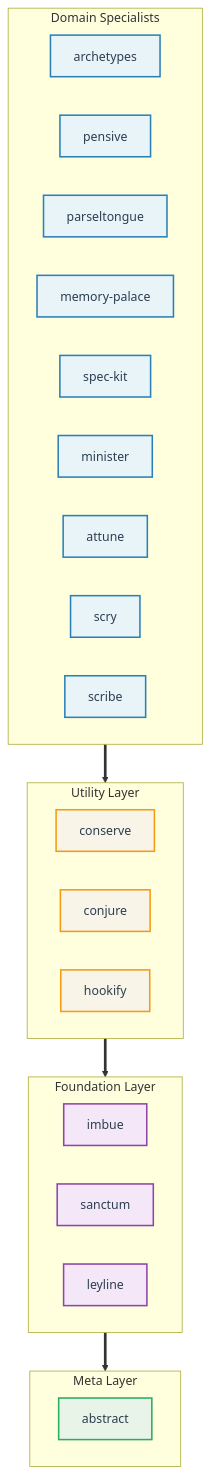
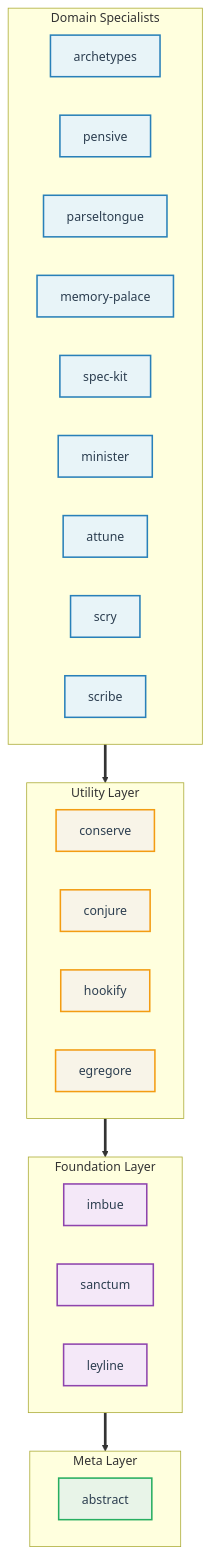
The diagram in README.md (athola/claude-night-market), drawn with Mermaid before and after one commit. The commit also changed other lines of this file and 339 other files, not shown here.

````diff
--- a/README.md
+++ b/README.md
@@ -65,41 +65,42 @@
 ```mermaid
 flowchart TB
     classDef domainClass fill:#e8f4f8,stroke:#2980b9,stroke-width:2px,color:#2c3e50
     classDef utilityClass fill:#f8f4e8,stroke:#f39c12,stroke-width:2px,color:#2c3e50
     classDef foundationClass fill:#f4e8f8,stroke:#8e44ad,stroke-width:2px,color:#2c3e50
     classDef metaClass fill:#e8f4e8,stroke:#27ae60,stroke-width:2px,color:#2c3e50
 
     subgraph Domain["Domain Specialists"]
         direction LR
         D1[archetypes]:::domainClass
         D2[pensive]:::domainClass
         D3[parseltongue]:::domainClass
         D4[memory-palace]:::domainClass
         D5[spec-kit]:::domainClass
         D6[minister]:::domainClass
         D7[attune]:::domainClass
         D8[scry]:::domainClass
         D9[scribe]:::domainClass
     end
 
     subgraph Utility["Utility Layer"]
         direction LR
         U1[conserve]:::utilityClass
         U2[conjure]:::utilityClass
         U3[hookify]:::utilityClass
+        U4[egregore]:::utilityClass
     end
 
     subgraph Foundation["Foundation Layer"]
         direction LR
         F1[imbue]:::foundationClass
         F2[sanctum]:::foundationClass
         F3[leyline]:::foundationClass
     end
 
     subgraph Meta["Meta Layer"]
         direction LR
         M1[abstract]:::metaClass
     end
 
     Domain ==> Utility ==> Foundation ==> Meta
 ```
````
